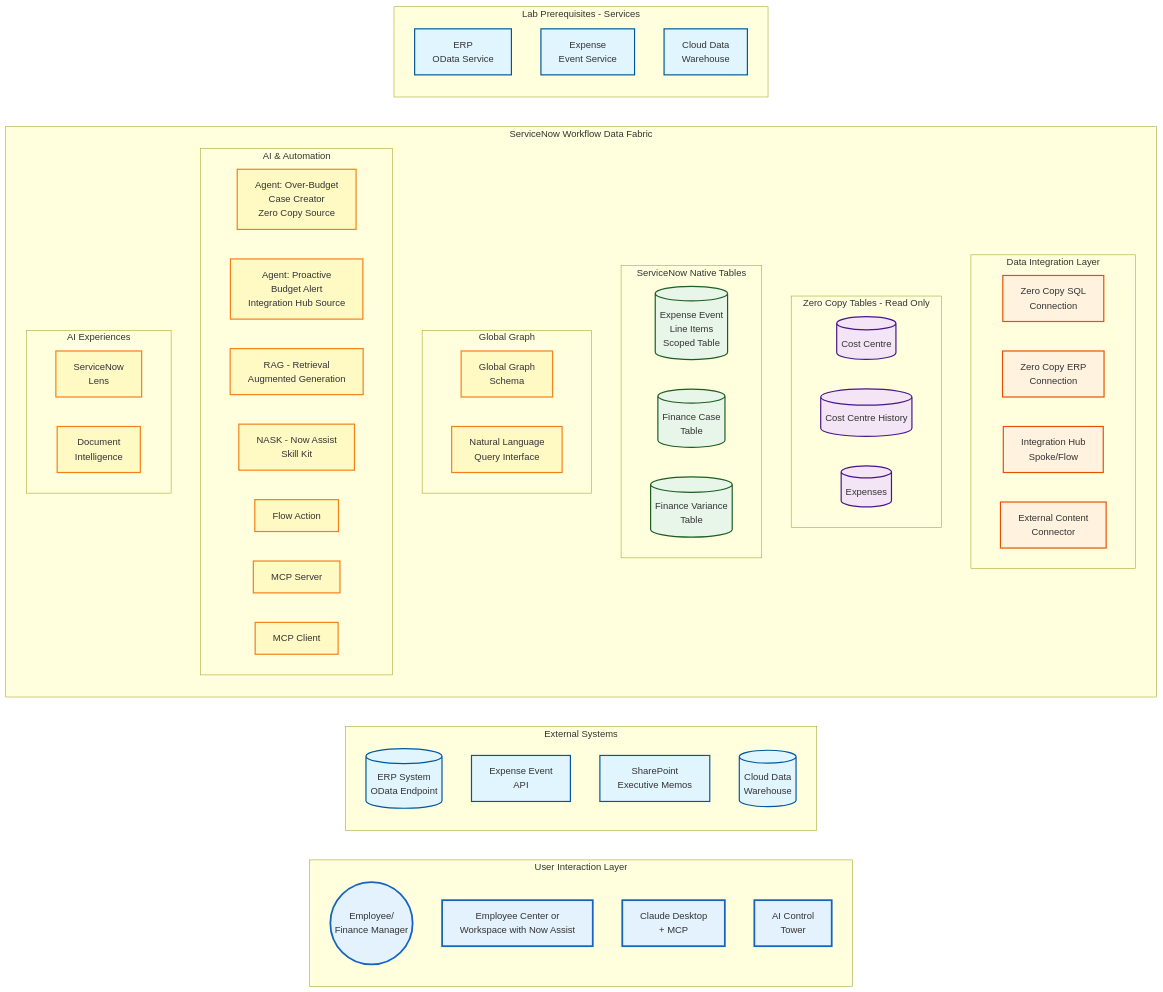
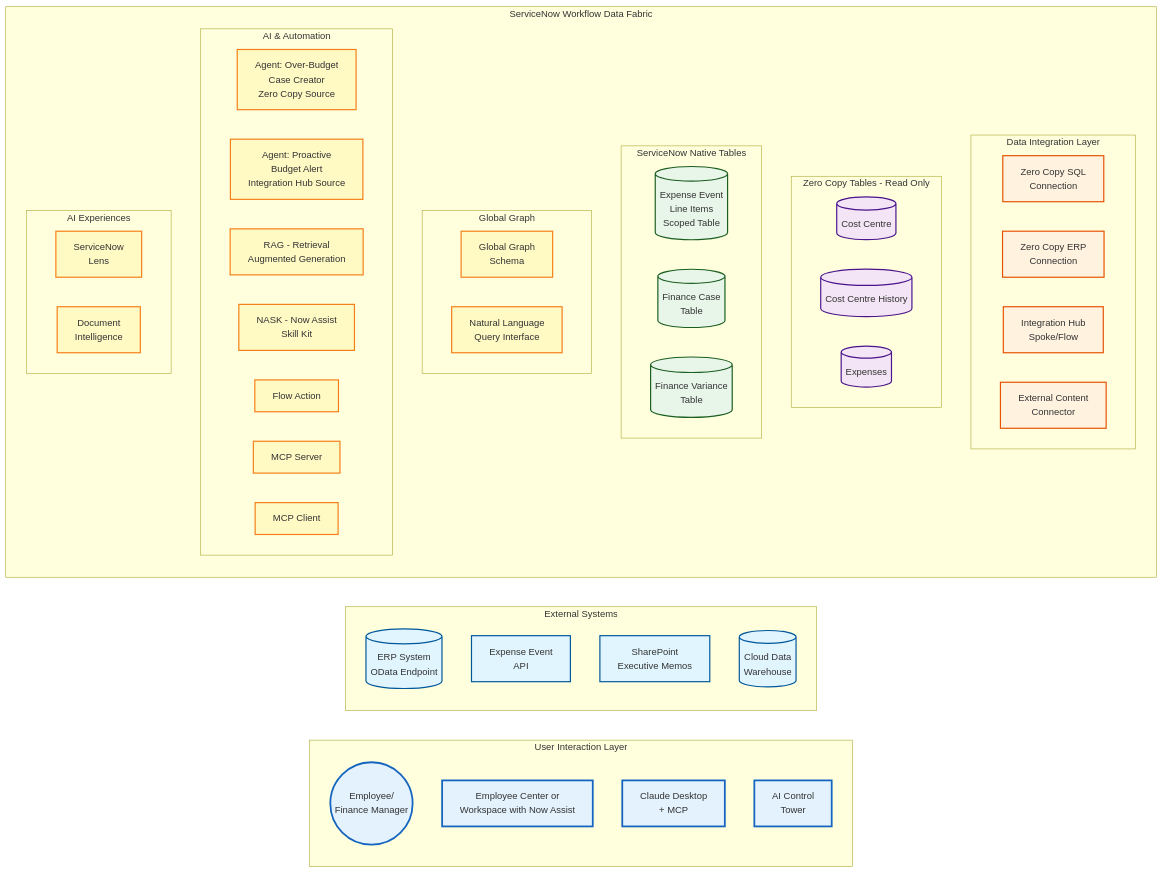
One commit to leojacinto/WorkflowDataFabric-TypeA changed the first of 2 diagrams in WDF_Diagrams.md. Above: the diagram before and after it, drawn with Mermaid.

````diff
--- a/WDF_Diagrams.md
+++ b/WDF_Diagrams.md
@@ -12,79 +12,72 @@
 ```mermaid
 graph LR
     subgraph "User Interaction Layer"
         Employee((Employee/<br/>Finance Manager))
         EC[Employee Center or<br/>Workspace with Now Assist]
         ClaudeDesktop[Claude Desktop<br/>+ MCP]
         ControlTower[AI Control<br/>Tower]
     end
 
     subgraph "External Systems"
         ERP[(ERP System<br/>OData Endpoint)]
         ExpenseAPI[Expense Event<br/>API]
         SharePoint[SharePoint<br/>Executive Memos]
         CDW[(Cloud Data<br/>Warehouse)]
     end
 
     subgraph "ServiceNow Workflow Data Fabric"
         subgraph "Data Integration Layer"
             ZeroCopySQL[Zero Copy SQL<br/>Connection]
             ZeroCopyERP[Zero Copy ERP<br/>Connection]
             IntHub[Integration Hub<br/>Spoke/Flow]
             ExtContent[External Content<br/>Connector]
         end
 
         subgraph "Zero Copy Tables - Read Only"
             ZCCC[(Cost Centre)]
             ZCCH[(Cost Centre History)]
             ZCExp[(Expenses)]
         end
 
         subgraph "ServiceNow Native Tables"
             ExpenseTable[(Expense Event<br/>Line Items<br/>Scoped Table)]
             FinCase[(Finance Case<br/>Table)]
             FinVar[(Finance Variance<br/>Table)]
         end
 
         subgraph "Global Graph"
             GGraph[Global Graph<br/>Schema]
             NLQuery[Natural Language<br/>Query Interface]
         end
 
         subgraph "AI & Automation"
             Agent1[Agent: Over-Budget<br/>Case Creator<br/>Zero Copy Source]
             Agent2[Agent: Proactive<br/>Budget Alert<br/>Integration Hub Source]
             RAG[RAG - Retrieval<br/>Augmented Generation]
             NASK[NASK - Now Assist<br/>Skill Kit]
             FlowAction[Flow Action]
             MCP[MCP Server]
             MCPC[MCP Client]
         end
 
         subgraph "AI Experiences"
             Lens["ServiceNow</br>Lens"]
             DocIntel["Document</br>Intelligence"]
         end
     end
 
-    subgraph "Lab Prerequisites - Services"
-        PrereqERP[ERP<br/>OData Service]
-        PrereqExpense[Expense<br/>Event Service]
-        PrereqCDW[Cloud Data<br/>Warehouse]
-    end
-
     %% Styling
     classDef external fill:#e1f5ff,stroke:#01579b,stroke-width:2px
     classDef integration fill:#fff3e0,stroke:#e65100,stroke-width:2px
     classDef zeroCopy fill:#f3e5f5,stroke:#4a148c,stroke-width:2px
     classDef native fill:#e8f5e9,stroke:#1b5e20,stroke-width:2px
     classDef ai fill:#fff9c4,stroke:#f57f17,stroke-width:2px
     classDef user fill:#e3f2fd,stroke:#1565c0,stroke-width:3px
 
     class ERP,ExpenseAPI,SharePoint,CDW external
     class ZeroCopySQL,ZeroCopyERP,IntHub,ExtContent integration
     class ZCCC,ZCCH,ZCExp zeroCopy
     class ExpenseTable,FinCase,FinVar native
     class Agent1,Agent2,RAG,NASK,FlowAction,MCP,MCPC,GGraph,NLQuery,Lens,DocIntel ai
     class Employee,EC,ControlTower,ClaudeDesktop user
-    class PrereqERP,PrereqExpense,PrereqCDW external
 ```
````
